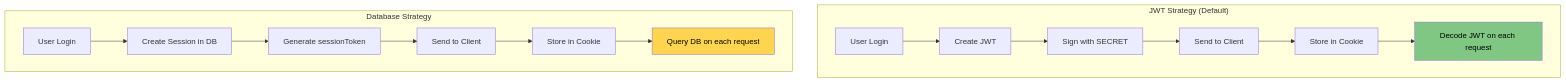
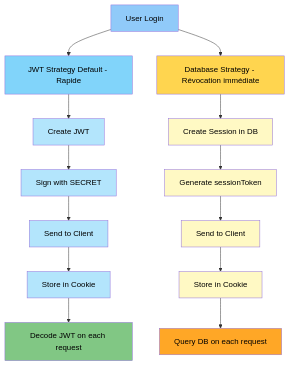
Before and after one commit to inskillflow/auths-1-NEXTJS-introduction: diagram 18 of 39 in 02-DIAGRAMMES_ARCHITECTURES.md, drawn with Mermaid. The commit also changed other lines of this file, not shown here.

````diff
--- a/02-DIAGRAMMES_ARCHITECTURES.md
+++ b/02-DIAGRAMMES_ARCHITECTURES.md
@@ -614,21 +614,35 @@
 ```mermaid
-graph TB
-    subgraph "JWT Strategy (Default)"
-        A1[User Login] --> B1[Create JWT]
-        B1 --> C1[Sign with SECRET]
-        C1 --> D1[Send to Client]
-        D1 --> E1[Store in Cookie]
-        E1 --> F1[Decode JWT on each request]
-    end
+graph TD
+    START[User Login]
     
-    subgraph "Database Strategy"
-        A2[User Login] --> B2[Create Session in DB]
-        B2 --> C2[Generate sessionToken]
-        C2 --> D2[Send to Client]
-        D2 --> E2[Store in Cookie]
-        E2 --> F2[Query DB on each request]
-    end
+    START --> JWT_TITLE[JWT Strategy Default - Rapide]
+    START --> DB_TITLE[Database Strategy - Révocation immédiate]
     
-    style F1 fill:#81c784,color:#000
-    style F2 fill:#ffd54f,color:#000
+    JWT_TITLE --> A1[Create JWT]
+    A1 --> B1[Sign with SECRET]
+    B1 --> C1[Send to Client]
+    C1 --> D1[Store in Cookie]
+    D1 --> E1[Decode JWT on each request]
+    
+    DB_TITLE --> A2[Create Session in DB]
+    A2 --> B2[Generate sessionToken]
+    B2 --> C2[Send to Client]
+    C2 --> D2[Store in Cookie]
+    D2 --> E2[Query DB on each request]
+    
+    style START fill:#90caf9,color:#000
+    style JWT_TITLE fill:#81d4fa,color:#000
+    style DB_TITLE fill:#ffd54f,color:#000
+    
+    style A1 fill:#b3e5fc,color:#000
+    style B1 fill:#b3e5fc,color:#000
+    style C1 fill:#b3e5fc,color:#000
+    style D1 fill:#b3e5fc,color:#000
+    style E1 fill:#81c784,color:#000
+    
+    style A2 fill:#fff9c4,color:#000
+    style B2 fill:#fff9c4,color:#000
+    style C2 fill:#fff9c4,color:#000
+    style D2 fill:#fff9c4,color:#000
+    style E2 fill:#ffa726,color:#000
 ```
````
